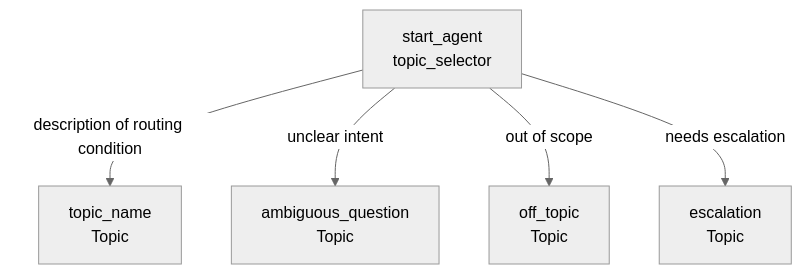
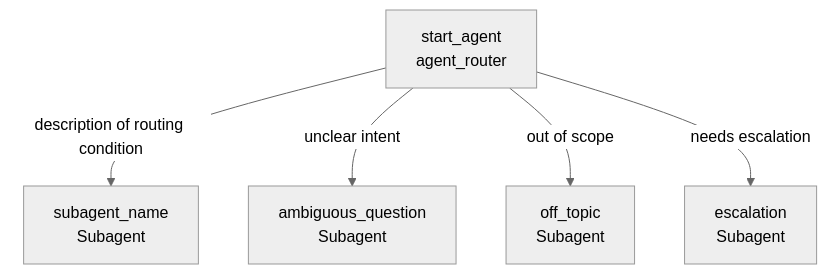
One commit to gabrielmoreira/agent-skills-mirror changed the diagram in mirrors/repos/forcedotcom@afv-library/skills/developing-agentforce/assets/agent-spec-template.md. Above: the diagram before and after it, drawn with Mermaid. The commit also changed other lines of this file and 744 other files, not shown here.

````diff
--- a/mirrors/repos/forcedotcom@afv-library/skills/developing-agentforce/assets/agent-spec-template.md
+++ b/mirrors/repos/forcedotcom@afv-library/skills/developing-agentforce/assets/agent-spec-template.md
@@ -18,10 +18,10 @@
 ```mermaid
 %%{init: {'theme':'neutral'}}%%
 graph TD
-    A[start_agent<br/>topic_selector]
+    A[start_agent<br/>agent_router]
 
-    A -->|description of routing condition| B[topic_name<br/>Topic]
-    A -->|unclear intent| C[ambiguous_question<br/>Topic]
-    A -->|out of scope| D[off_topic<br/>Topic]
-    A -->|needs escalation| E[escalation<br/>Topic]
+    A -->|description of routing condition| B[subagent_name<br/>Subagent]
+    A -->|unclear intent| C[ambiguous_question<br/>Subagent]
+    A -->|out of scope| D[off_topic<br/>Subagent]
+    A -->|needs escalation| E[escalation<br/>Subagent]
 ```
````
